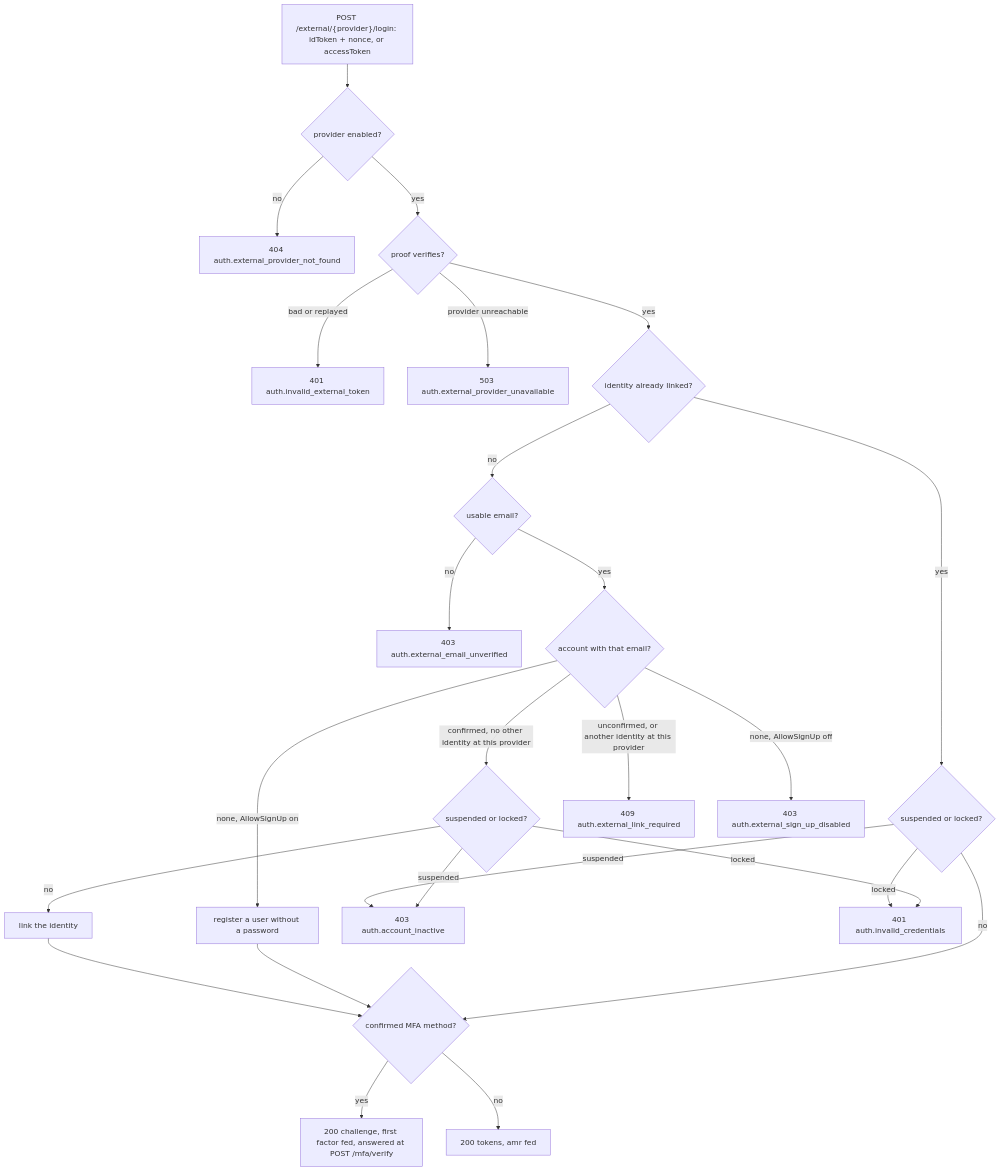
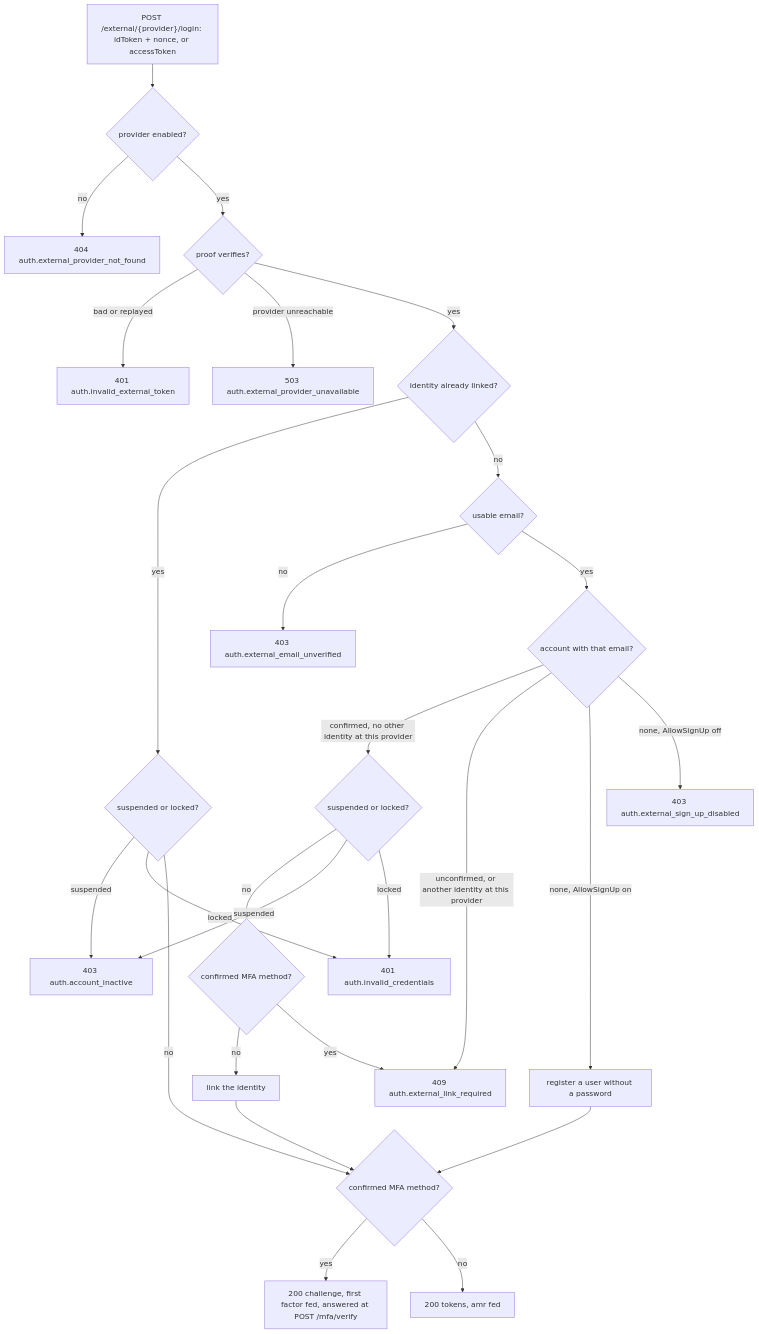
The sixth of 8 diagrams in docs/modules/auth.md (jackyjiale-oss/modulith-backend), drawn with Mermaid before and after one commit. The commit also changed other lines of this file and 5 other files, not shown here.

First line of the commit message:
fix(auth): refuse the automatic link for an account with MFA

````diff
--- a/docs/modules/auth.md
+++ b/docs/modules/auth.md
@@ -465,25 +465,27 @@
 ```mermaid
 flowchart TD
     A["POST /external/{provider}/login: idToken + nonce, or accessToken"] --> B{"provider enabled?"}
     B -->|no| B1["404 auth.external_provider_not_found"]
     B -->|yes| C{"proof verifies?"}
     C -->|"bad or replayed"| C1["401 auth.invalid_external_token"]
     C -->|"provider unreachable"| C2["503 auth.external_provider_unavailable"]
     C -->|yes| D{"identity already linked?"}
     D -->|yes| H{"suspended or locked?"}
     D -->|no| E{"usable email?"}
     E -->|no| E1["403 auth.external_email_unverified"]
     E -->|yes| F{"account with that email?"}
     F -->|"confirmed, no other identity at this provider"| M{"suspended or locked?"}
-    M -->|no| G["link the identity"] --> J
+    M -->|no| N{"confirmed MFA method?"}
+    N -->|no| G["link the identity"] --> J
+    N -->|yes| F1
     F -->|"unconfirmed, or another identity at this provider"| F1["409 auth.external_link_required"]
     F -->|"none, AllowSignUp on"| I["register a user without a password"] --> J
     F -->|"none, AllowSignUp off"| F2["403 auth.external_sign_up_disabled"]
     H -->|suspended| H1["403 auth.account_inactive"]
     M -->|suspended| H1
     H -->|locked| H2["401 auth.invalid_credentials"]
     M -->|locked| H2
     H -->|no| J{"confirmed MFA method?"}
     J -->|yes| K["200 challenge, first factor fed, answered at POST /mfa/verify"]
     J -->|no| L["200 tokens, amr fed"]
 ```
````
